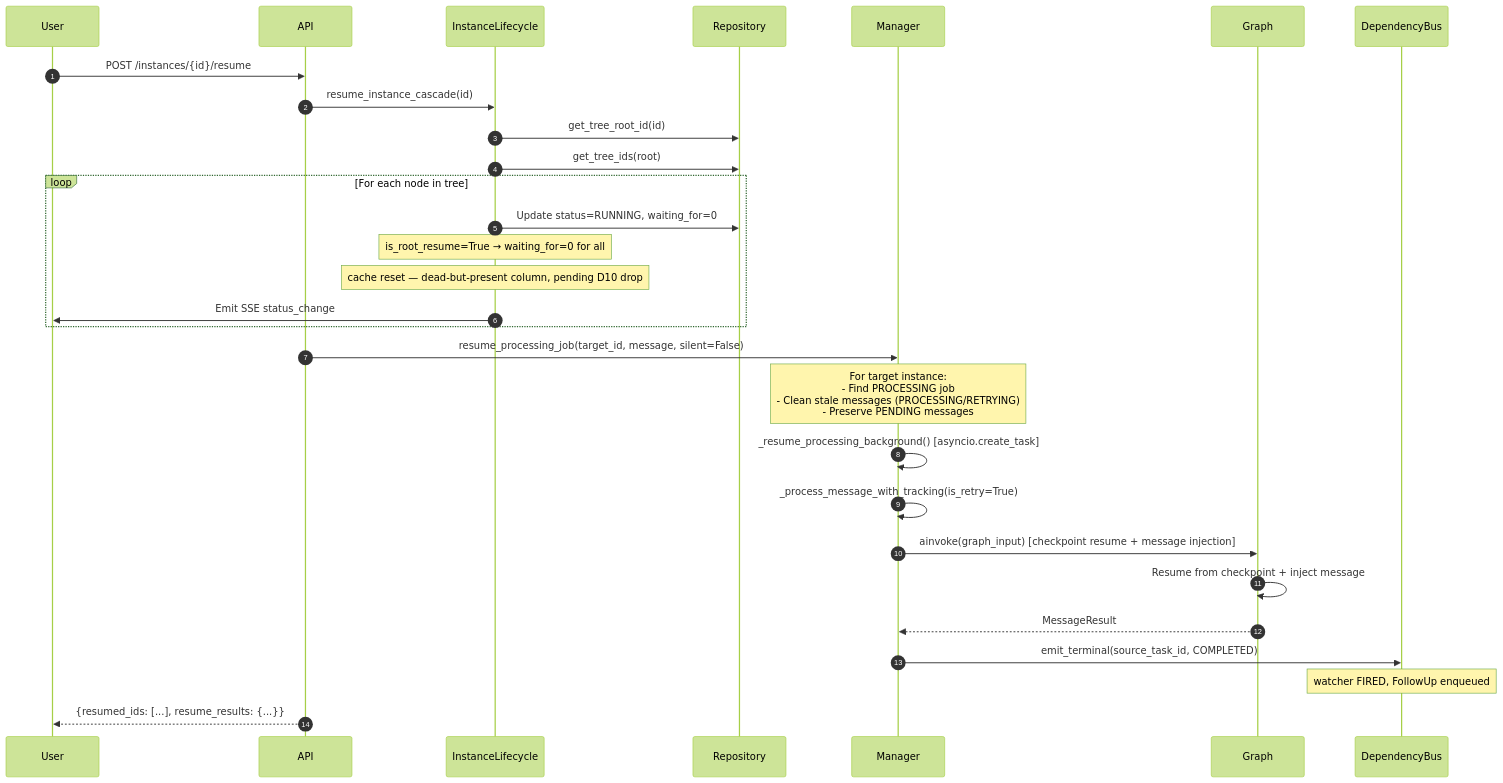
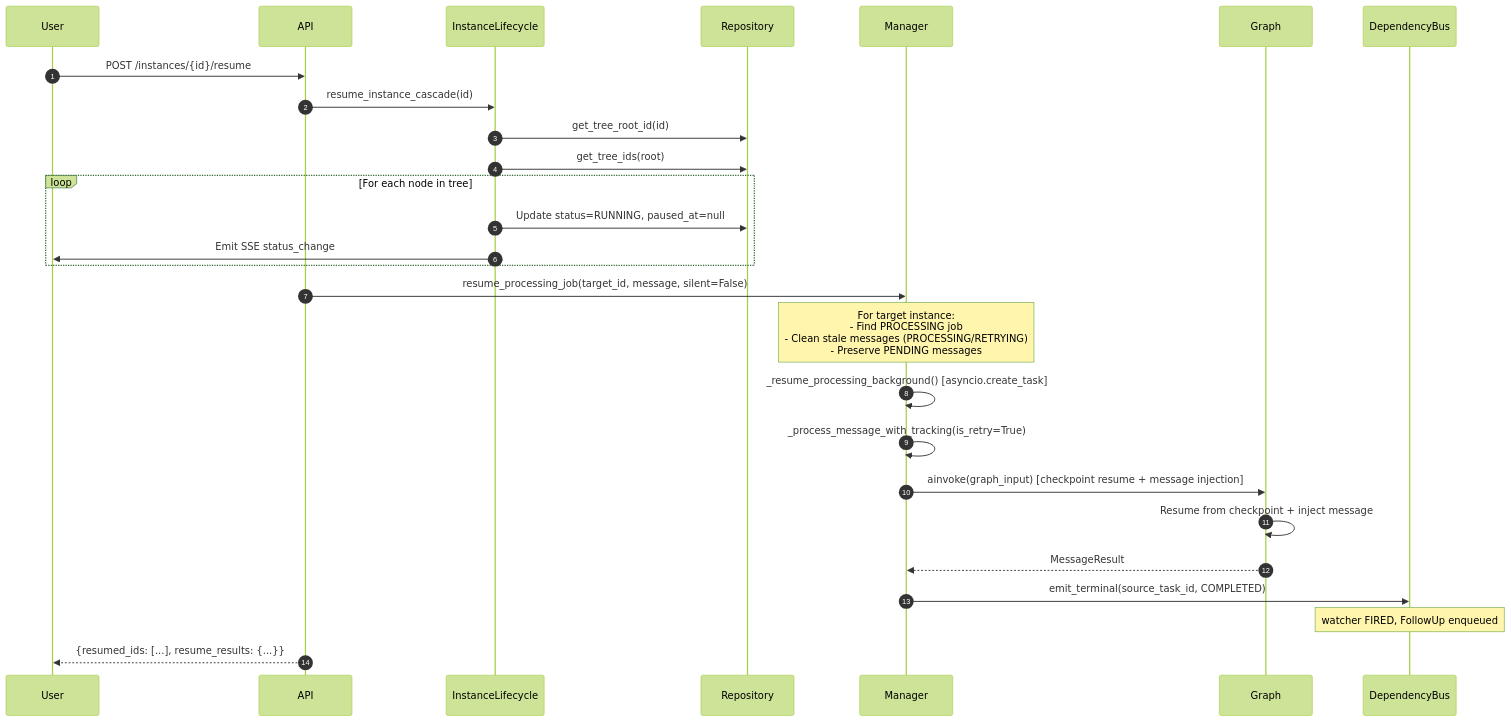
The third of 10 diagrams in docs/architecture/job-task-pause-resume.md (disillusioners/ensemble), drawn with Mermaid (forest theme) before and after one commit. The commit also changed other lines of this file and 17 other files, not shown here.

````diff
--- a/docs/architecture/job-task-pause-resume.md
+++ b/docs/architecture/job-task-pause-resume.md
@@ -526,32 +507,30 @@
 ```mermaid
 sequenceDiagram
     autonumber
     participant User
     participant API
     participant InstanceLifecycle
     participant Repository
     participant Manager
     participant Graph
     participant Bus as DependencyBus
 
     User->>API: POST /instances/{id}/resume
     API->>InstanceLifecycle: resume_instance_cascade(id)
     InstanceLifecycle->>Repository: get_tree_root_id(id)
     InstanceLifecycle->>Repository: get_tree_ids(root)
     loop For each node in tree
-        InstanceLifecycle->>Repository: Update status=RUNNING, waiting_for=0
-        Note over InstanceLifecycle: is_root_resume=True → waiting_for=0 for all
-        Note over InstanceLifecycle: cache reset — dead-but-present column, pending D10 drop
+        InstanceLifecycle->>Repository: Update status=RUNNING, paused_at=null
         InstanceLifecycle->>User: Emit SSE status_change
     end
     API->>Manager: resume_processing_job(target_id, message, silent=False)
     Note over Manager: For target instance:<br/>- Find PROCESSING job<br/>- Clean stale messages (PROCESSING/RETRYING)<br/>- Preserve PENDING messages
     Manager->>Manager: _resume_processing_background() [asyncio.create_task]
     Manager->>Manager: _process_message_with_tracking(is_retry=True)
     Manager->>Graph: ainvoke(graph_input) [checkpoint resume + message injection]
     Graph->>Graph: Resume from checkpoint + inject message
     Graph-->>Manager: MessageResult
     Manager->>Bus: emit_terminal(source_task_id, COMPLETED)
     Note over Bus: watcher FIRED, FollowUp enqueued
     API-->>User: {resumed_ids: [...], resume_results: {...}}
 ```
````
